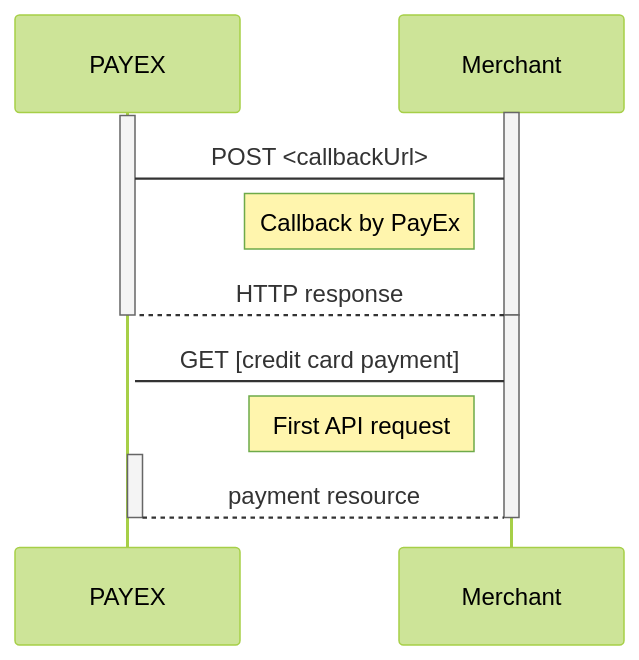
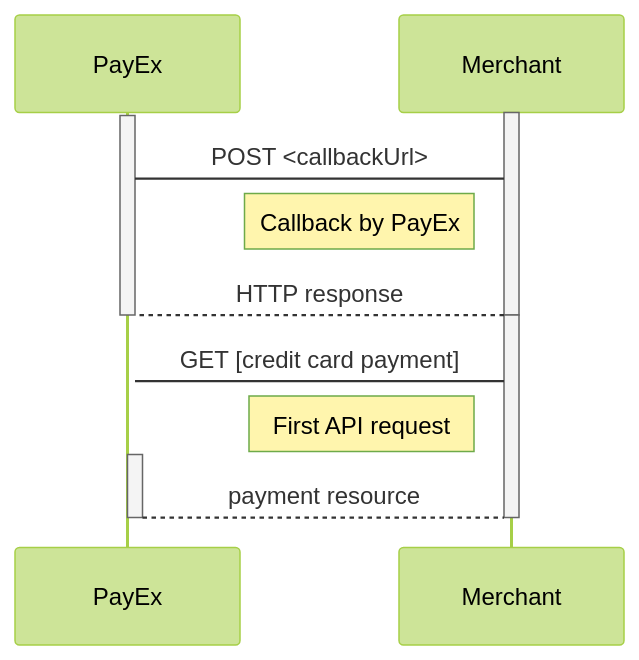
The fourth of 10 diagrams in payments/credit-card/after-payment.md (SwedbankPay/developer.swedbankpay.com), drawn with Mermaid (forest theme) before and after one commit. The commit also changed other lines of this file and 5 other files, not shown here.

````diff
--- a/payments/credit-card/after-payment.md
+++ b/payments/credit-card/after-payment.md
@@ -561,19 +563,19 @@
 ```mermaid
 sequenceDiagram
   activate Merchant
-  activate PAYEX
-  PAYEX->Merchant: POST <callbackUrl>
+  activate PayEx
+  PayEx->Merchant: POST <callbackUrl>
   note left of Merchant: Callback by PayEx
-  Merchant-->PAYEX: HTTP response
-  deactivate PAYEX
+  Merchant-->PayEx: HTTP response
+  deactivate PayEx
   deactivate Merchant
 
   activate Merchant
-  activate PAYEX
-  Merchant->PAYEX: GET [credit card payment]
+  activate PayEx
+  Merchant->PayEx: GET [credit card payment]
   note left of Merchant: First API request
-  Activate PAYEX
-  PAYEX-->Merchant: payment resource
-  deactivate PAYEX
+  Activate PayEx
+  PayEx-->Merchant: payment resource
+  deactivate PayEx
   deactivate Merchant
 ```
````
